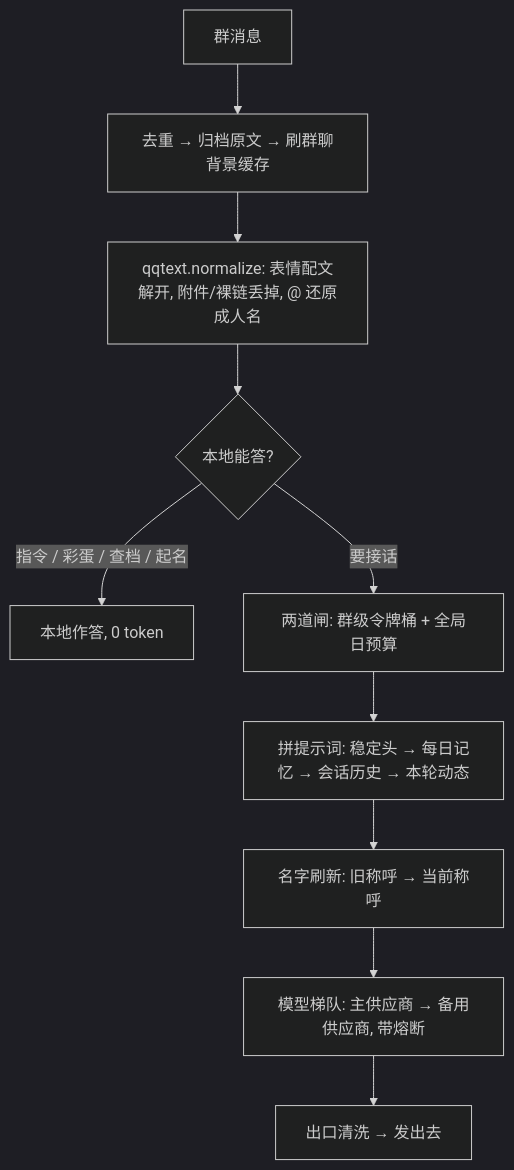
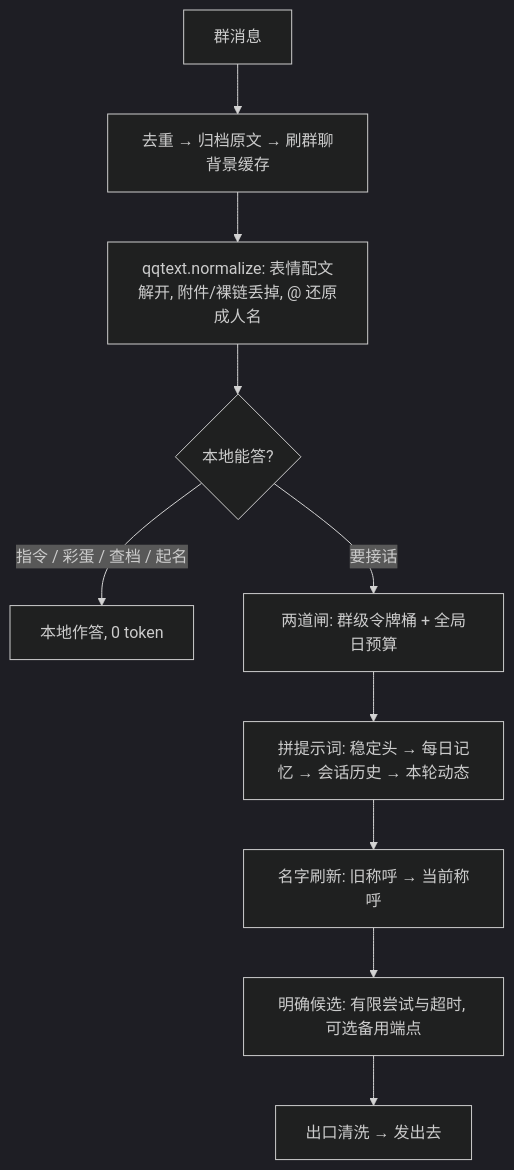
One commit to dubianche123/micro-banter-harness changed the diagram in docs/DESIGN_NOTES.md. Above: the diagram before and after it, drawn with Mermaid (dark theme). The commit also changed other lines of this file and 22 other files, not shown here.

````diff
--- a/docs/DESIGN_NOTES.md
+++ b/docs/DESIGN_NOTES.md
@@ -312,12 +158,12 @@
 ```mermaid
 flowchart TD
     A[群消息] --> B[去重 → 归档原文 → 刷群聊背景缓存]
     B --> C[qqtext.normalize: 表情配文解开, 附件/裸链丢掉, @ 还原成人名]
     C --> D{本地能答?}
     D -->|指令 / 彩蛋 / 查档 / 起名| E[本地作答, 0 token]
     D -->|要接话| F[两道闸: 群级令牌桶 + 全局日预算]
     F --> G[拼提示词: 稳定头 → 每日记忆 → 会话历史 → 本轮动态]
     G --> G2[名字刷新: 旧称呼 → 当前称呼]
-    G2 --> H[模型梯队: 主供应商 → 备用供应商, 带熔断]
+    G2 --> H[明确候选: 有限尝试与超时, 可选备用端点]
     H --> I[出口清洗 → 发出去]
 ```
````
